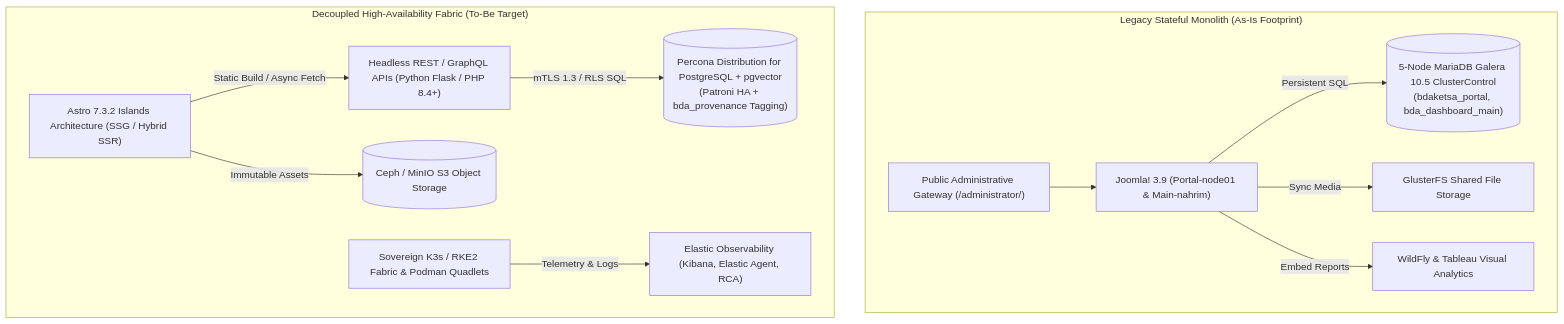
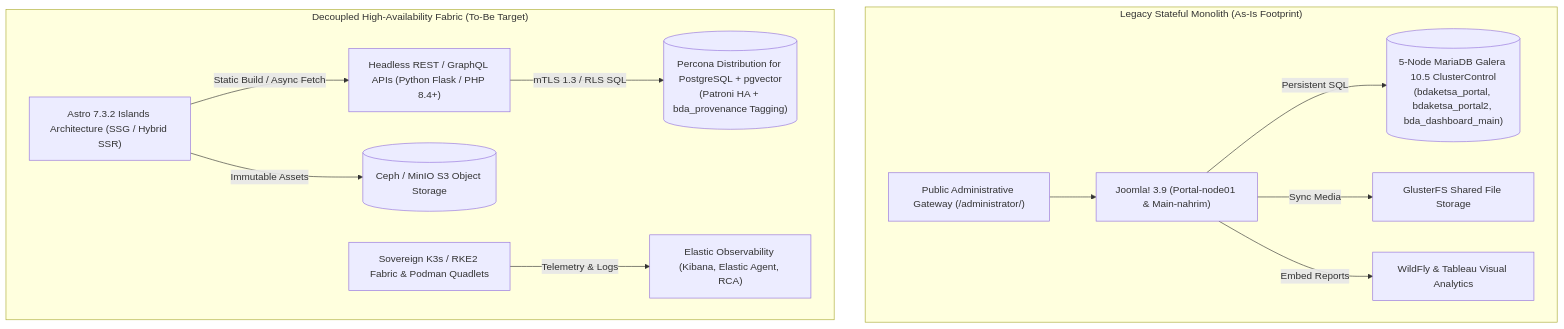
The diagram in docs/proposals/nre-bda-astro-migration.md (linuxmalaysia/bda-ai-infra), drawn with Mermaid before and after one commit. The commit also changed other lines of this file and 1 other file, not shown here.

First line of the commit message:
feat: update NRE BDA migration proposal and task registry per PR feedback

````diff
--- a/docs/proposals/nre-bda-astro-migration.md
+++ b/docs/proposals/nre-bda-astro-migration.md
@@ -159,29 +159,29 @@
 ```mermaid
 flowchart TD
     subgraph AsIs ["Legacy Stateful Monolith (As-Is Footprint)"]
         AS_Joomla["Joomla! 3.9 (Portal-node01 & Main-nahrim)"]
-        AS_MariaDB[("5-Node MariaDB Galera 10.5 ClusterControl\n(bdaketsa_portal, bda_dashboard_main)")]
+        AS_MariaDB[("5-Node MariaDB Galera 10.5 ClusterControl\n(bdaketsa_portal, bdaketsa_portal2, bda_dashboard_main)")]
         AS_Gluster["GlusterFS Shared File Storage"]
         AS_Tableau["WildFly & Tableau Visual Analytics"]
         AS_Admin["Public Administrative Gateway (/administrator/)"]
     end
 
     subgraph ToBe ["Decoupled High-Availability Fabric (To-Be Target)"]
         TB_Astro["Astro 7.3.2 Islands Architecture (SSG / Hybrid SSR)"]
         TB_K3s["Sovereign K3s / RKE2 Fabric & Podman Quadlets"]
         TB_API["Headless REST / GraphQL APIs (Python Flask / PHP 8.4+)"]
         TB_Postgres[("Percona Distribution for PostgreSQL + pgvector\n(Patroni HA + bda_provenance Tagging)")]
         TB_S3[("Ceph / MinIO S3 Object Storage")]
         TB_Elastic["Elastic Observability (Kibana, Elastic Agent, RCA)"]
     end
 
     AS_Admin --> AS_Joomla
     AS_Joomla -->|"Persistent SQL"| AS_MariaDB
     AS_Joomla -->|"Sync Media"| AS_Gluster
     AS_Joomla -->|"Embed Reports"| AS_Tableau
 
     TB_Astro -->|"Static Build / Async Fetch"| TB_API
     TB_API -->|"mTLS 1.3 / RLS SQL"| TB_Postgres
     TB_Astro -->|"Immutable Assets"| TB_S3
     TB_K3s -->|"Telemetry & Logs"| TB_Elastic
 ```
````
